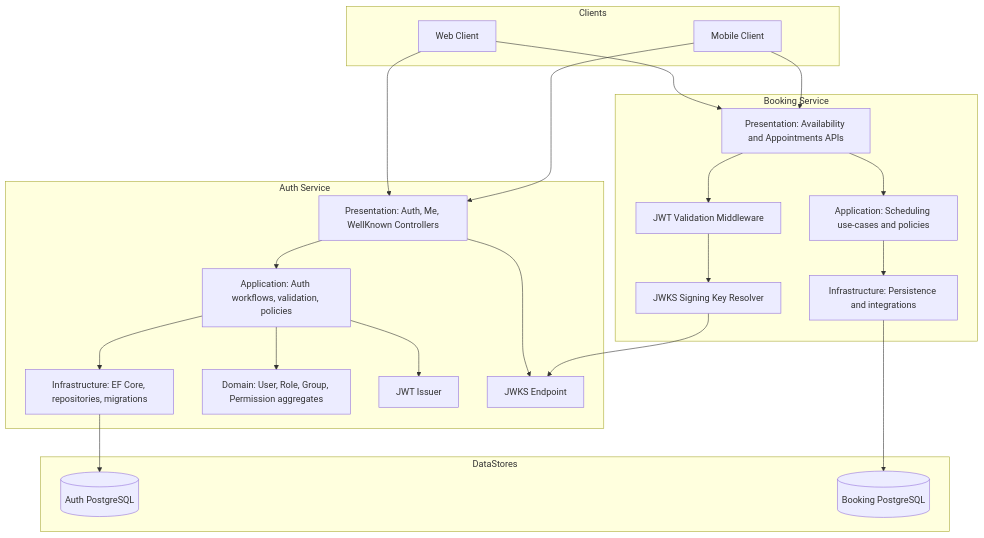
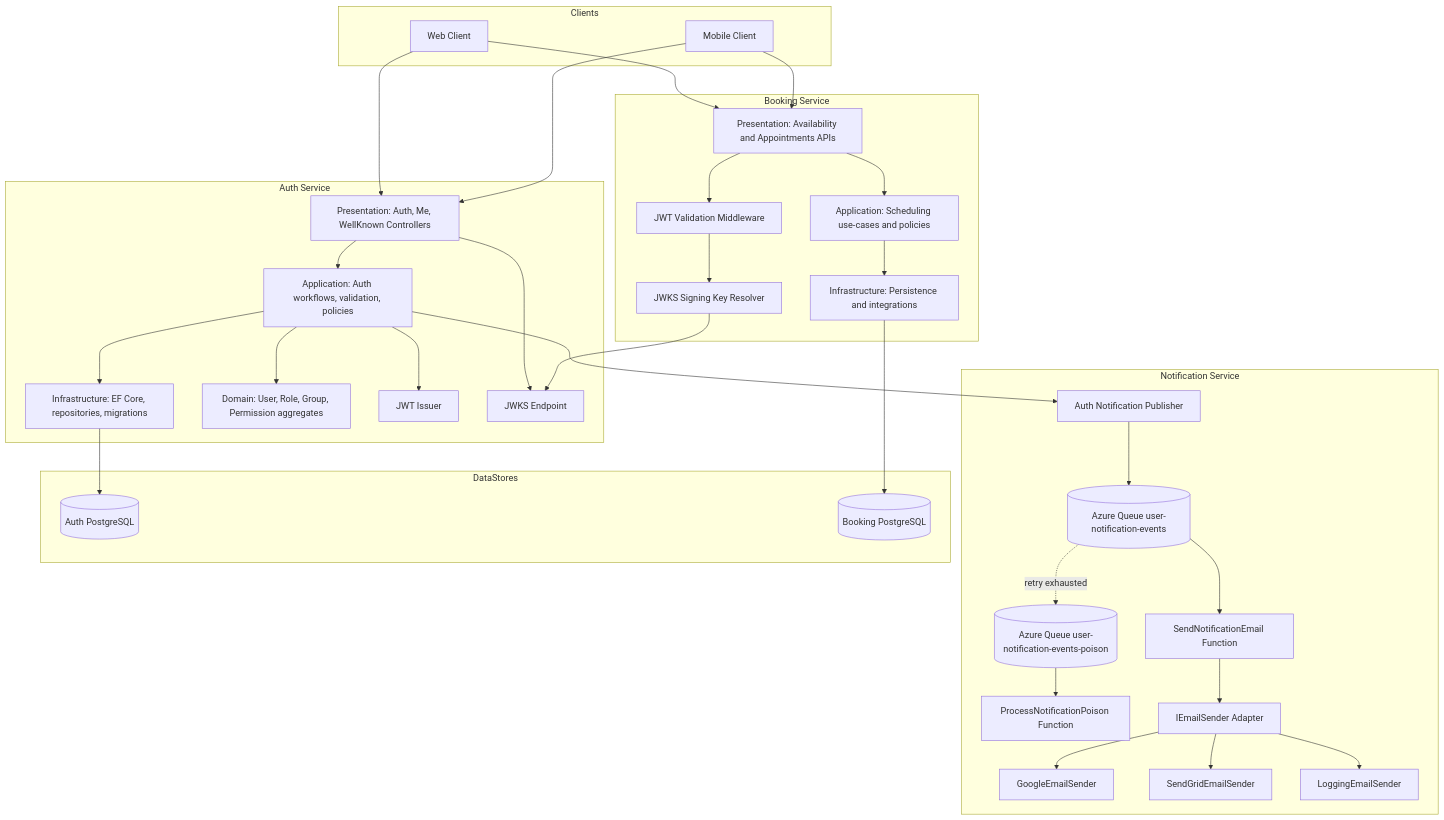
Before and after one commit to haudtech/vehicle-service-booking: the diagram in docs/ARCHITECTURE/CONCEPTUAL_VIEW.md, drawn with Mermaid. The commit also changed other lines of this file and 5 other files, not shown here.

````diff
--- a/docs/ARCHITECTURE/CONCEPTUAL_VIEW.md
+++ b/docs/ARCHITECTURE/CONCEPTUAL_VIEW.md
@@ -45,43 +47,62 @@
 ```mermaid
 flowchart TB
     subgraph Clients
         Web[Web Client]
         Mobile[Mobile Client]
     end
 
     subgraph AuthService[Auth Service]
         AuthControllers[Presentation: Auth, Me, WellKnown Controllers]
         AuthApplication[Application: Auth workflows, validation, policies]
         AuthInfrastructure[Infrastructure: EF Core, repositories, migrations]
         AuthDomain[Domain: User, Role, Group, Permission aggregates]
         JwtIssuer[JWT Issuer]
         JwksEndpoint[JWKS Endpoint]
     end
 
     subgraph BookingService[Booking Service]
         BookingControllers[Presentation: Availability and Appointments APIs]
         BookingApplication[Application: Scheduling use-cases and policies]
         BookingInfrastructure[Infrastructure: Persistence and integrations]
         JwtValidation[JWT Validation Middleware]
         JwksKeyResolver[JWKS Signing Key Resolver]
     end
 
+    subgraph NotificationPipeline[Notification Service]
+        Publisher[Auth Notification Publisher]
+        Queue[(Azure Queue user-notification-events)]
+        Poison[(Azure Queue user-notification-events-poison)]
+        NotificationFunc[SendNotificationEmail Function]
+        PoisonFunc[ProcessNotificationPoison Function]
+        EmailSender[IEmailSender Adapter]
+        GoogleProvider[GoogleEmailSender]
+        SendGridProvider[SendGridEmailSender]
+        LoggingProvider[LoggingEmailSender]
+    end
+
     subgraph DataStores
         AuthDb[(Auth PostgreSQL)]
         BookingDb[(Booking PostgreSQL)]
     end
 
     Web --> AuthControllers
     Mobile --> AuthControllers
 
     AuthControllers --> AuthApplication --> AuthInfrastructure --> AuthDb
     AuthApplication --> AuthDomain
     AuthApplication --> JwtIssuer
     AuthControllers --> JwksEndpoint
 
     Web --> BookingControllers
     Mobile --> BookingControllers
 
     BookingControllers --> JwtValidation --> JwksKeyResolver --> JwksEndpoint
     BookingControllers --> BookingApplication --> BookingInfrastructure --> BookingDb
+
+    AuthApplication --> Publisher --> Queue
+    Queue --> NotificationFunc --> EmailSender
+    EmailSender --> GoogleProvider
+    EmailSender --> SendGridProvider
+    EmailSender --> LoggingProvider
+    Queue -. retry exhausted .-> Poison --> PoisonFunc
 ```
````
